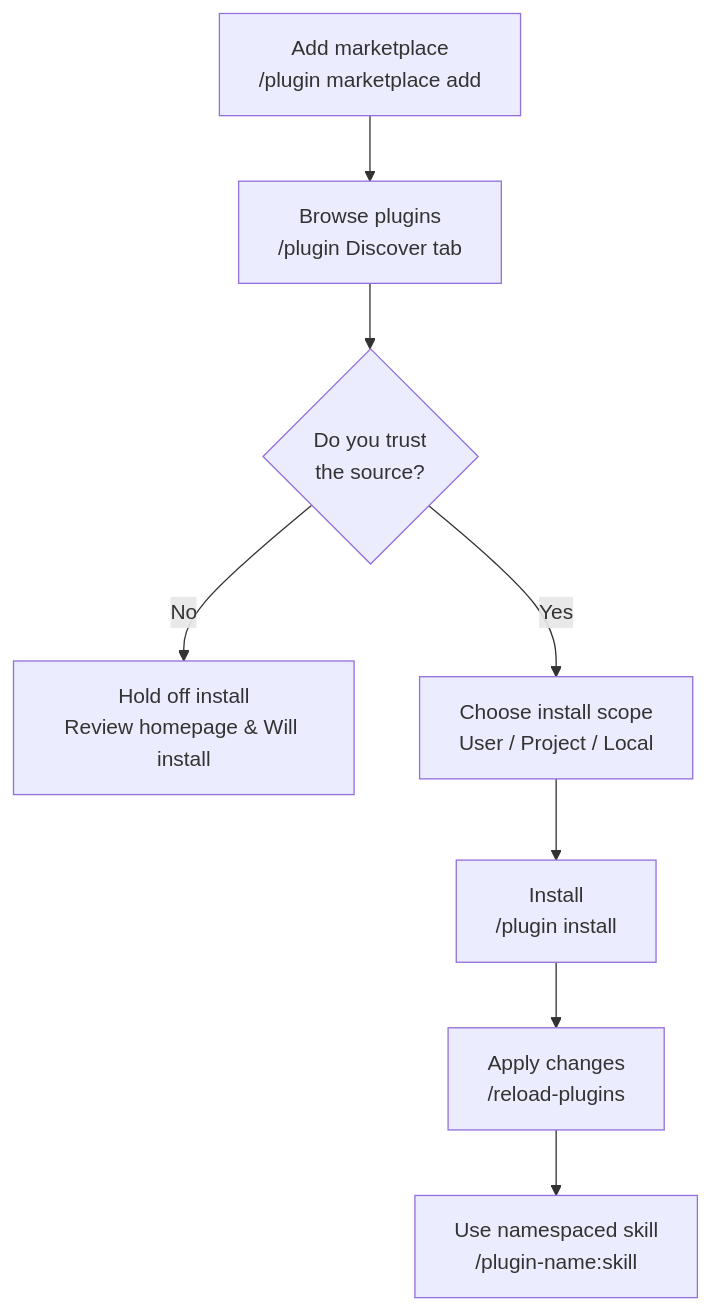
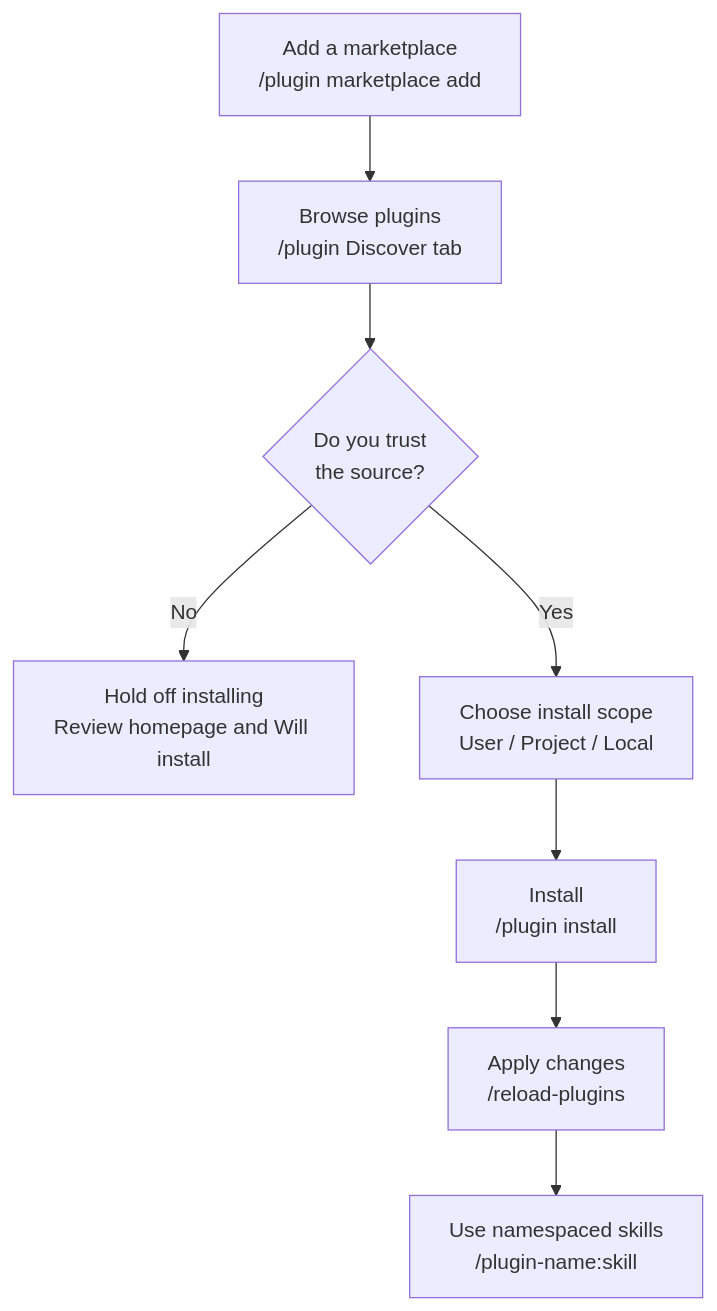
Before and after one commit to modu-ai/moai-adk: the diagram in docs-site/content/en/claude-code/extensibility/plugins.md, drawn with Mermaid. The commit also changed other lines of this file and 395 other files, not shown here.

````diff
--- a/docs-site/content/en/claude-code/extensibility/plugins.md
+++ b/docs-site/content/en/claude-code/extensibility/plugins.md
@@ -147,10 +147,10 @@
 ```mermaid
 flowchart TD
-    A[Add marketplace<br>/plugin marketplace add] --> B[Browse plugins<br>/plugin Discover tab]
+    A[Add a marketplace<br>/plugin marketplace add] --> B[Browse plugins<br>/plugin Discover tab]
     B --> C{Do you trust<br>the source?}
-    C -- No --> D[Hold off install<br>Review homepage & Will install]
+    C -- No --> D[Hold off installing<br>Review homepage and Will install]
     C -- Yes --> E[Choose install scope<br>User / Project / Local]
     E --> F[Install<br>/plugin install]
     F --> G[Apply changes<br>/reload-plugins]
-    G --> H[Use namespaced skill<br>/plugin-name:skill]
+    G --> H[Use namespaced skills<br>/plugin-name:skill]
 ```
````
